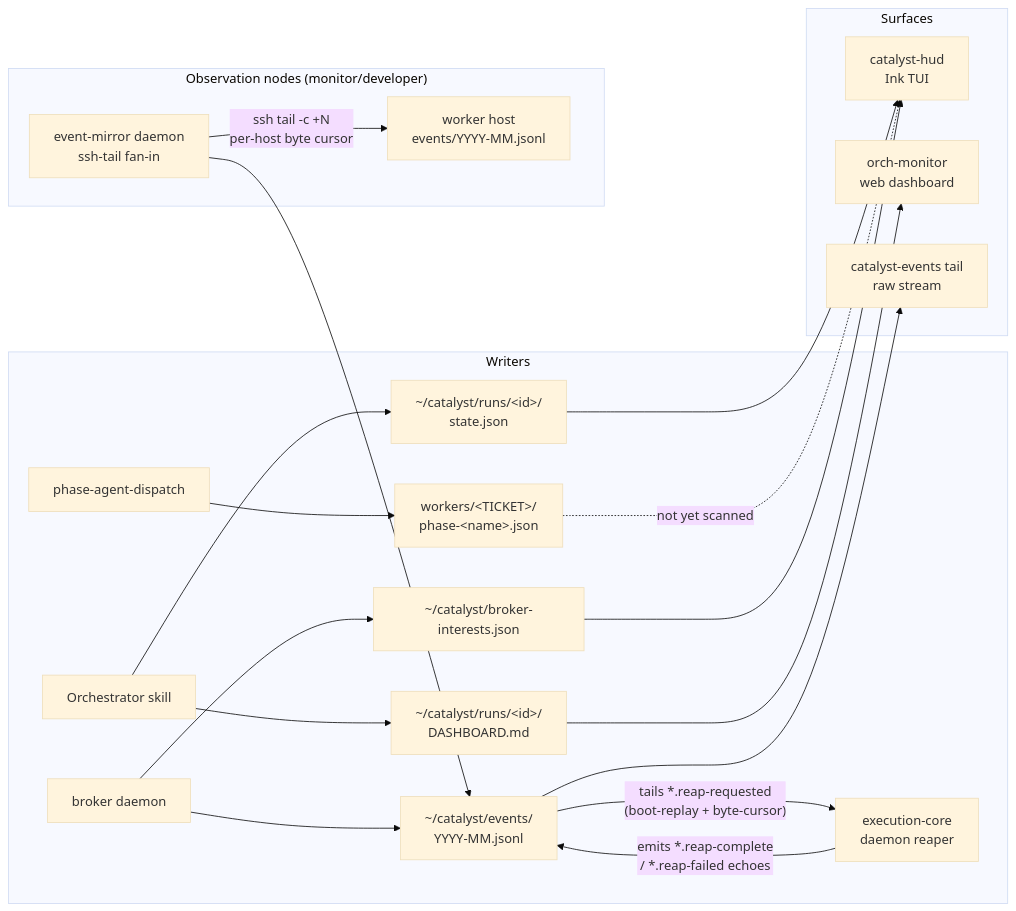
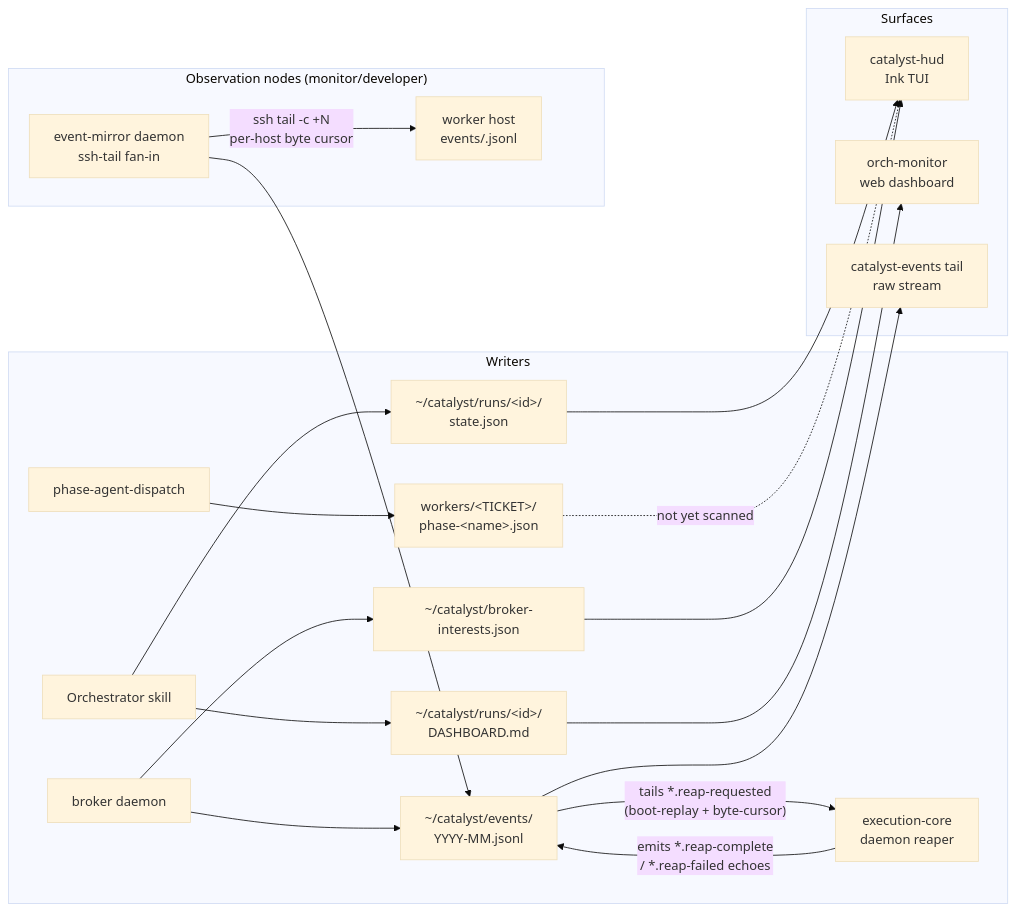
One commit to coalesce-labs/catalyst changed the second of 2 diagrams in docs/architecture.md. Above: the diagram before and after it, drawn with Mermaid (base theme). The commit also changed other lines of this file and 13 other files, not shown here.

````diff
--- a/docs/architecture.md
+++ b/docs/architecture.md
@@ -1297,26 +1332,26 @@
 ```mermaid
 flowchart LR
   subgraph Writers
     OS[Orchestrator skill] --> DM[~/catalyst/runs/&lt;id&gt;/<br/>DASHBOARD.md]
     OS --> SJ[~/catalyst/runs/&lt;id&gt;/<br/>state.json]
     PAD[phase-agent-dispatch] --> PSF[workers/&lt;TICKET&gt;/<br/>phase-&lt;name&gt;.json]
     BROKER[broker daemon] --> BI[~/catalyst/broker-interests.json]
     BROKER --> EL[~/catalyst/events/<br/>YYYY-MM.jsonl]
     REAPER[execution-core<br/>daemon reaper] -- "emits *.reap-complete<br/>/ *.reap-failed echoes" --> EL
   end
   subgraph Surfaces
     HUD[catalyst-hud<br/>Ink TUI]
     OM[orch-monitor<br/>web dashboard]
     CE[catalyst-events tail<br/>raw stream]
   end
   subgraph ObservationNodes["Observation nodes (monitor/developer)"]
-    EM[event-mirror daemon<br/>ssh-tail fan-in] -- "ssh tail -c +N<br/>per-host byte cursor" --> REMOTE_EL[worker host<br/>events/YYYY-MM.jsonl]
+    EM[event-mirror daemon<br/>ssh-tail fan-in] -- "ssh tail -c +N<br/>per-host byte cursor" --> REMOTE_EL[worker host<br/>events/<period>.jsonl]
     EM --> EL
   end
   SJ --> HUD
   PSF -.not yet scanned.-> HUD
   BI --> HUD
   DM --> OM
   EL --> CE
   EL -- "tails *.reap-requested<br/>(boot-replay + byte-cursor)" --> REAPER
 ```
````
